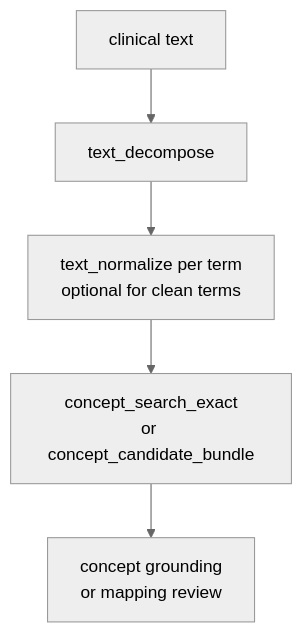
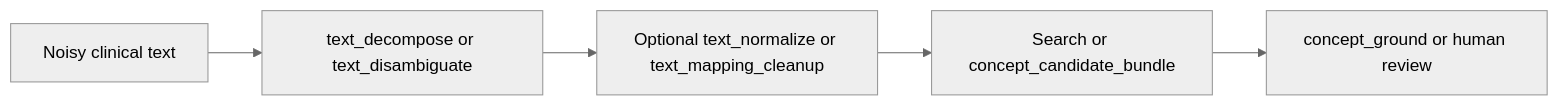
One commit to AustralianCancerDataNetwork/groundworkers changed the diagram in docs/tools/text.md. Above: the diagram before and after it, drawn with Mermaid (neutral theme). The commit also changed other lines of this file and 234 other files, not shown here.

````diff
--- a/docs/tools/text.md
+++ b/docs/tools/text.md
@@ -185,7 +96,7 @@
 ```mermaid
-flowchart TD
-    T[clinical text] --> D[text_decompose]
-    D --> N[text_normalize per term\noptional for clean terms]
-    N --> S[concept_search_exact\nor concept_candidate_bundle]
-    S --> G[concept grounding\nor mapping review]
+flowchart LR
+    T[Noisy clinical text] --> D[text_decompose or text_disambiguate]
+    D --> N[Optional text_normalize or text_mapping_cleanup]
+    N --> S[Search or concept_candidate_bundle]
+    S --> G[concept_ground or human review]
 ```
````
